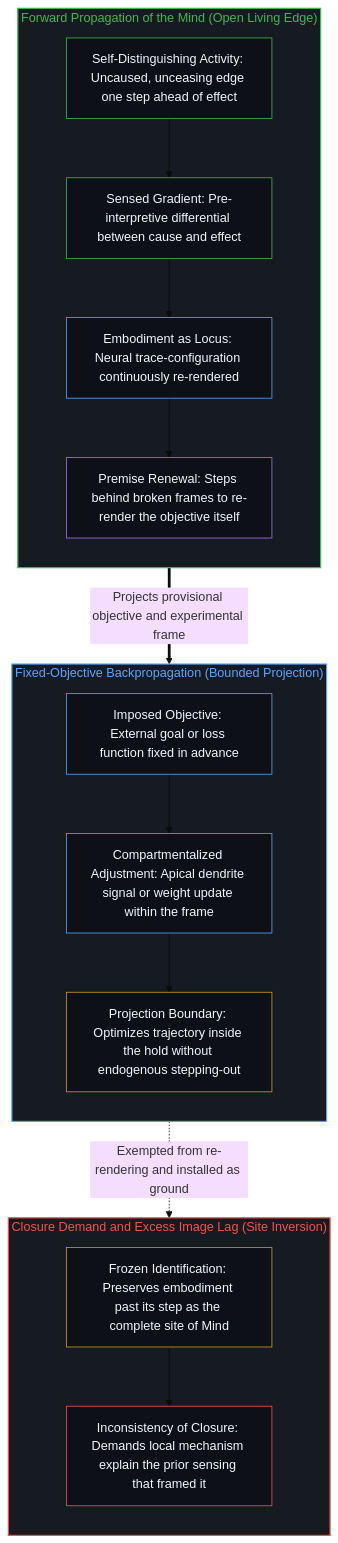
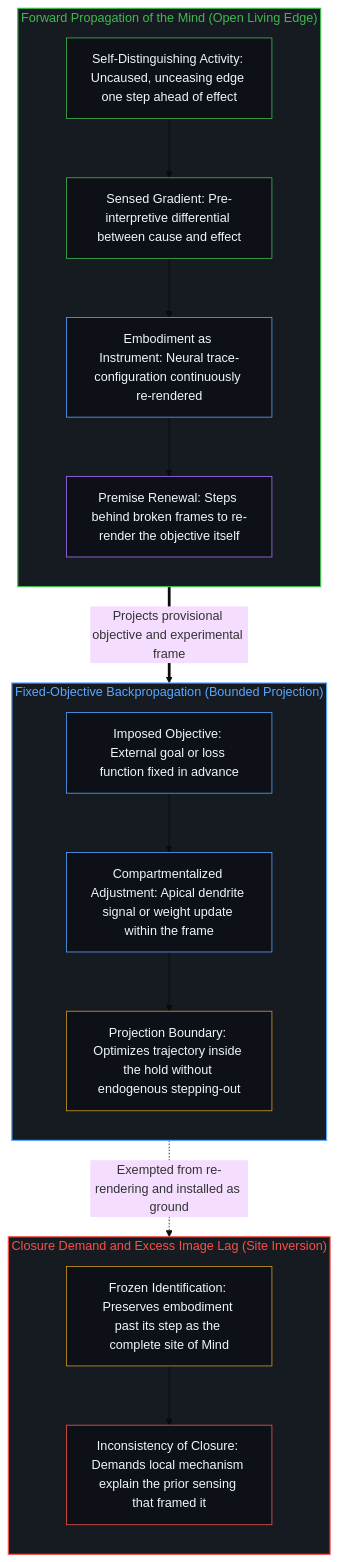
The second of 2 diagrams in content/posts/the-brain-does-not-backprop.md (powerpig99/not-a-toe), drawn with Mermaid (base theme) before and after one commit. The commit also changed other lines of this file and 5 other files, not shown here.

````diff
--- a/content/posts/the-brain-does-not-backprop.md
+++ b/content/posts/the-brain-does-not-backprop.md
@@ -82,42 +78,38 @@
 ```mermaid
 flowchart TD
     subgraph S_Mind["Forward Propagation of the Mind (Open Living Edge)"]
         direction TB
         M_Edge["Self-Distinguishing Activity: Uncaused, unceasing edge one step ahead of effect"]
         M_Grad["Sensed Gradient: Pre-interpretive differential between cause and effect"]
-        M_Body["Embodiment as Locus: Neural trace-configuration continuously re-rendered"]
+        M_Body["Embodiment as Instrument: Neural trace-configuration continuously re-rendered"]
         M_ReRender["Premise Renewal: Steps behind broken frames to re-render the objective itself"]
         M_Edge --> M_Grad --> M_Body --> M_ReRender
     end
-
     subgraph S_Proj["Fixed-Objective Backpropagation (Bounded Projection)"]
         direction TB
         P_Hold["Imposed Objective: External goal or loss function fixed in advance"]
         P_Pass["Compartmentalized Adjustment: Apical dendrite signal or weight update within the frame"]
         P_Limit["Projection Boundary: Optimizes trajectory inside the hold without endogenous stepping-out"]
         P_Hold --> P_Pass --> P_Limit
     end
-
     subgraph S_Lag["Closure Demand and Excess Image Lag (Site Inversion)"]
         direction TB
         L_Freeze["Frozen Identification: Preserves embodiment past its step as the complete site of Mind"]
         L_Incons["Inconsistency of Closure: Demands local mechanism explain the prior sensing that framed it"]
         L_Freeze --> L_Incons
     end
-
     M_ReRender ==>|"Projects provisional objective and experimental frame"| P_Hold
     P_Limit -.->|"Exempted from re-rendering and installed as ground"| L_Freeze
-
     style S_Mind fill:#161b22,stroke:#3fb950,stroke-width:1.5px,color:#3fb950
     style S_Proj fill:#161b22,stroke:#58a6ff,stroke-width:1.5px,color:#58a6ff
     style S_Lag fill:#161b22,stroke:#f85149,stroke-width:1.5px,color:#f85149
     style M_Edge fill:#0d1117,stroke:#3fb950,stroke-width:1px,color:#f0f6fc
     style M_Grad fill:#0d1117,stroke:#3fb950,stroke-width:1px,color:#f0f6fc
     style M_Body fill:#0d1117,stroke:#58a6ff,stroke-width:1px,color:#f0f6fc
     style M_ReRender fill:#0d1117,stroke:#a371f7,stroke-width:1px,color:#f0f6fc
     style P_Hold fill:#0d1117,stroke:#58a6ff,stroke-width:1px,color:#f0f6fc
     style P_Pass fill:#0d1117,stroke:#58a6ff,stroke-width:1px,color:#f0f6fc
     style P_Limit fill:#0d1117,stroke:#d29922,stroke-width:1px,color:#f0f6fc
     style L_Freeze fill:#0d1117,stroke:#d29922,stroke-width:1px,color:#f0f6fc
     style L_Incons fill:#0d1117,stroke:#f85149,stroke-width:1px,color:#f0f6fc
 ```
````
